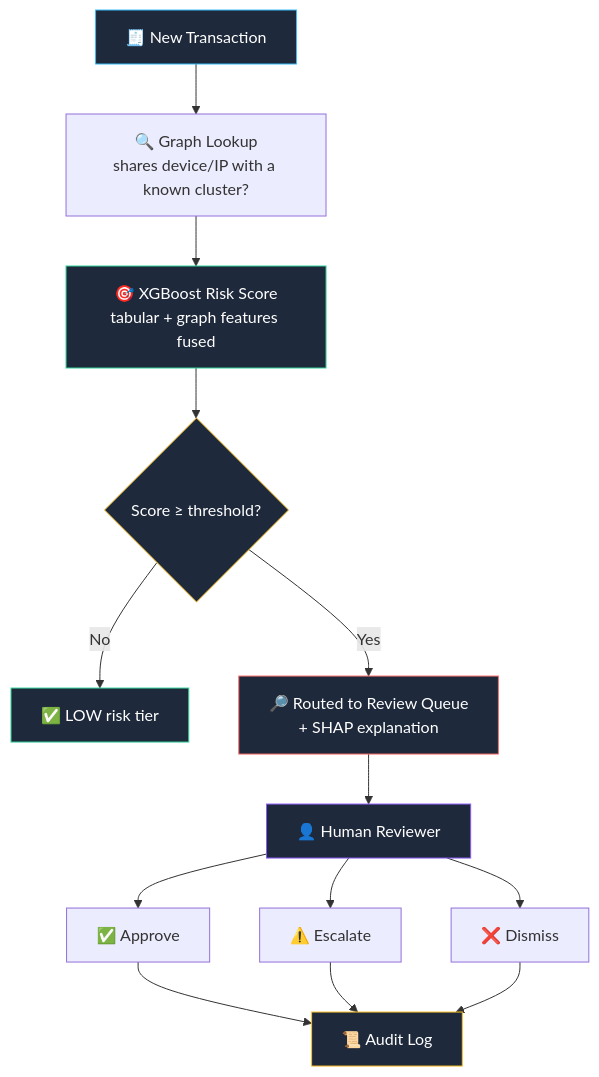
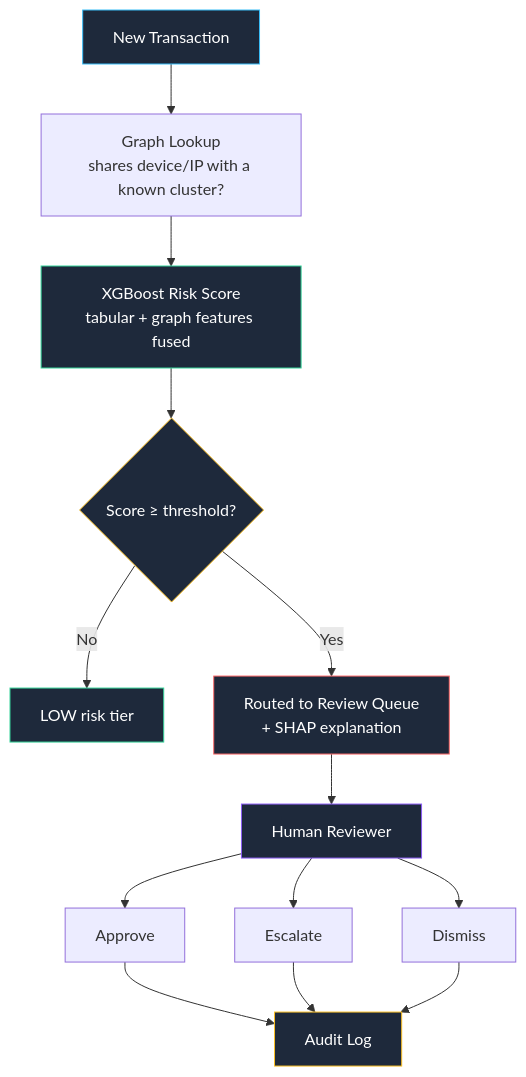
Before and after one commit to Nandinisingh07/abuse-ring-sentinel: the third of 4 diagrams in README.md, drawn with Mermaid. The commit also changed other lines of this file, not shown here.

````diff
--- a/README.md
+++ b/README.md
@@ -177,23 +221,23 @@
 ```mermaid
 flowchart TD
-    T["🧾 New Transaction"] --> L["🔍 Graph Lookup<br/>shares device/IP with a known cluster?"]
-    L --> S["🎯 XGBoost Risk Score<br/>tabular + graph features fused"]
+    T["New Transaction"] --> L["Graph Lookup<br/>shares device/IP with a known cluster?"]
+    L --> S["XGBoost Risk Score<br/>tabular + graph features fused"]
     S --> Q{"Score ≥ threshold?"}
-    Q -->|No| Low["✅ LOW risk tier"]
-    Q -->|Yes| Review["🔎 Routed to Review Queue<br/>+ SHAP explanation"]
-    Review --> H["👤 Human Reviewer"]
-    H --> Approve["✅ Approve"]
-    H --> Escalate["⚠️ Escalate"]
-    H --> Dismiss["❌ Dismiss"]
-    Approve --> Log["📜 Audit Log"]
+    Q -->|No| Low["LOW risk tier"]
+    Q -->|Yes| Review["Routed to Review Queue<br/>+ SHAP explanation"]
+    Review --> H["Human Reviewer"]
+    H --> Approve["Approve"]
+    H --> Escalate["Escalate"]
+    H --> Dismiss["Dismiss"]
+    Approve --> Log["Audit Log"]
     Escalate --> Log
     Dismiss --> Log
 
     style T fill:#1e293b,stroke:#38bdf8,color:#fff
     style S fill:#1e293b,stroke:#34d399,color:#fff
     style Q fill:#1e293b,stroke:#fbbf24,color:#fff
     style Low fill:#1e293b,stroke:#34d399,color:#fff
     style Review fill:#1e293b,stroke:#ff6b6b,color:#fff
     style H fill:#1e293b,stroke:#8b5cf6,color:#fff
     style Log fill:#1e293b,stroke:#fbbf24,color:#fff
 ```
````
